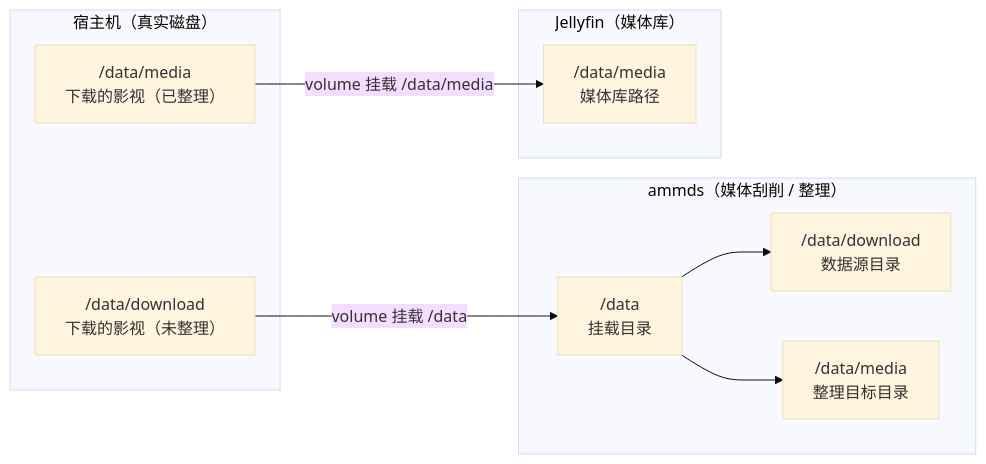
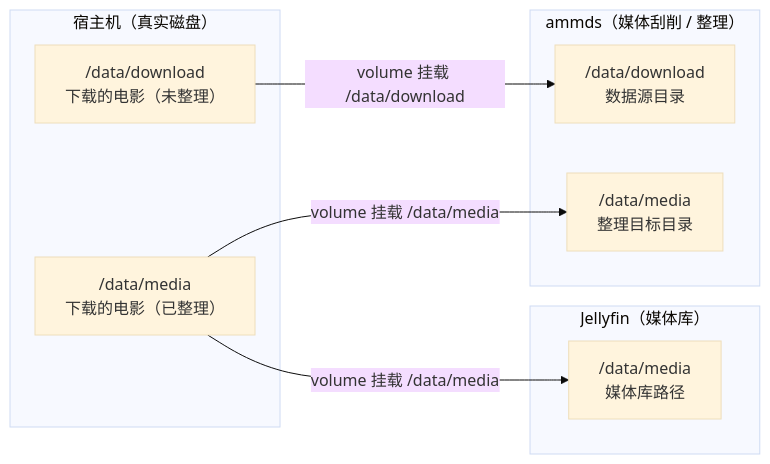
The second of 5 diagrams in docs/usage/Mount.md (QYG2297248353/AMMDS-DOC), drawn with Mermaid (base theme) before and after one commit. The commit also changed other lines of this file and 8 other files, not shown here.

````diff
--- a/docs/usage/Mount.md
+++ b/docs/usage/Mount.md
@@ -6,35 +74,33 @@
 ```mermaid
 flowchart LR
     %% =========================
     %% 宿主机（只保留事实）
     %% =========================
     subgraph HOST["宿主机（真实磁盘）"]
-        D1["/data/download<br/>下载的影视（未整理）"]
-        D2["/data/media<br/>下载的影视（已整理）"]
+        D1["/data/download<br/>下载的电影（未整理）"]
+        D2["/data/media<br/>下载的电影（已整理）"]
     end
 
     %% =========================
     %% ammds
     %% =========================
     subgraph AMMDS["ammds（媒体刮削 / 整理）"]
-        A["/data<br/>挂载目录"]
         A1["/data/download<br/>数据源目录"]
         A2["/data/media<br/>整理目标目录"]
-        A --> A1
-        A --> A2
     end
 
     %% =========================
     %% jellyfin
     %% =========================
     subgraph JELLYFIN["Jellyfin（媒体库）"]
         J["/data/media<br/>媒体库路径"]
     end
 
     %% =========================
     %% 挂载关系（只剩必要的）
     %% =========================
-    D1 -->|"volume 挂载 /data"| A
+    D1 -->|"volume 挂载 /data/download"| A1
+    D2 -->|"volume 挂载 /data/media"| A2
     D2 -->|"volume 挂载 /data/media"| J
 
 ```
````
